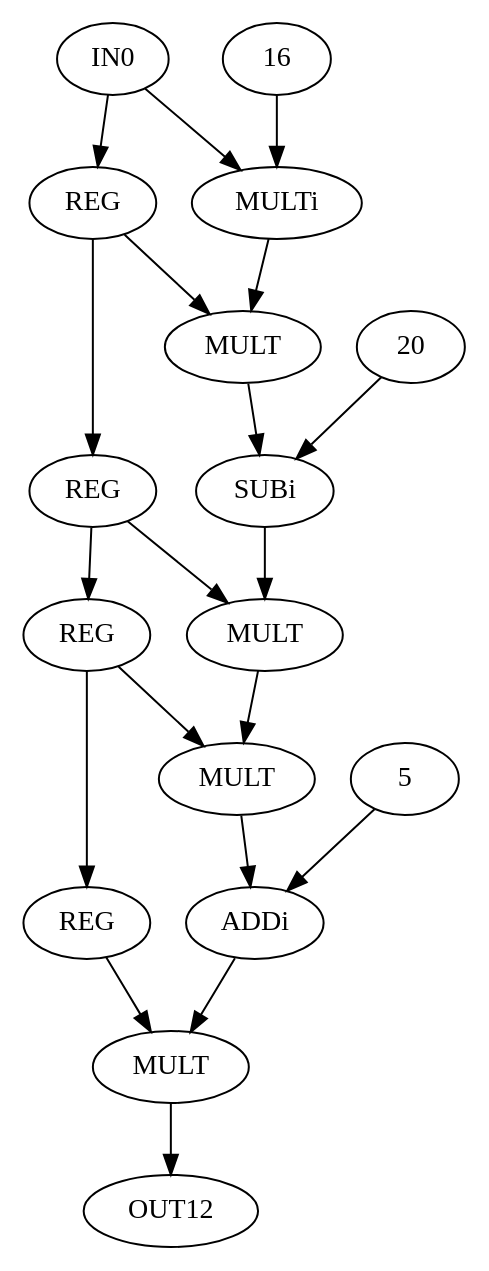
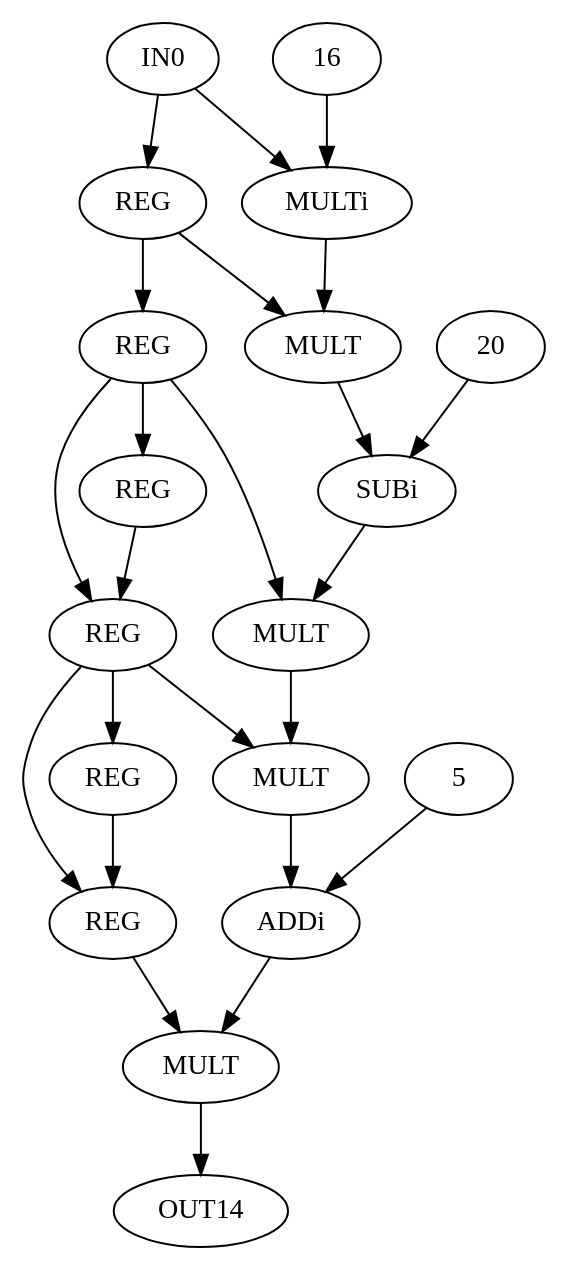
One commit to lesc-ufv/fdam changed the diagram in fdam-samples/fdam-cgra-samples/cgra_128_radix8/sw/cpp/dot_dataflows/chebyshev.dot. Above: the diagram before and after it, drawn with Graphviz. The commit also changed 11 other files, not shown here.

```diff
--- a/fdam-samples/fdam-cgra-samples/cgra_128_radix8/sw/cpp/dot_dataflows/chebyshev.dot
+++ b/fdam-samples/fdam-cgra-samples/cgra_128_radix8/sw/cpp/dot_dataflows/chebyshev.dot
@@ -1,37 +1,43 @@
-digraph chebyshev{
+digraph Chebyshev{
  0 [ label = IN0 ]
  1 [ label = REG]
  2 [ label = REG]
  3 [ label = REG]
  4 [ label = REG]
- 5 [ label = MULTi, VALUE = 16]
- "5.16"[ label = 16 ]
- 6 [ label = MULT]
- 7 [ label = SUBi, VALUE = 20]
- "7.20"[ label = 20 ]
+ 5 [ label = REG]
+ 6 [ label = REG]
+ 7 [ label = MULTi, VALUE = 16]
+ "7.16"[ label = 16 ]
  8 [ label = MULT]
- 9 [ label = MULT]
- 10 [ label = ADDi, VALUE = 5]
- "10.5"[ label = 5 ]
+ 9 [ label = SUBi, VALUE = 20]
+ "9.20"[ label = 20 ]
+ 10 [ label = MULT]
  11 [ label = MULT]
- 12 [ label = OUT12 ]
- 0 -> 5
+ 12 [ label = ADDi, VALUE = 5]
+ "12.5"[ label = 5 ]
+ 13 [ label = MULT]
+ 14 [ label = OUT14 ]
+ 0 -> 7
  0 -> 1
  1 -> 2
- 1 -> 6
+ 1 -> 8
+ 2 -> 5
  2 -> 3
- 2 -> 8
+ 2 -> 10
+ 3 -> 6
  3 -> 4
- 3 -> 9
- 4 -> 11
- "5.16" -> 5
- 5 -> 6
- 6 -> 7
- "7.20" -> 7
+ 3 -> 11
+ 4 -> 13
+ 5 -> 3
+ 6 -> 4
+ "7.16" -> 7
  7 -> 8
  8 -> 9
+ "9.20" -> 9
  9 -> 10
- "10.5" -> 10
  10 -> 11
  11 -> 12
+ "12.5" -> 12
+ 12 -> 13
+ 13 -> 14
 }
```
